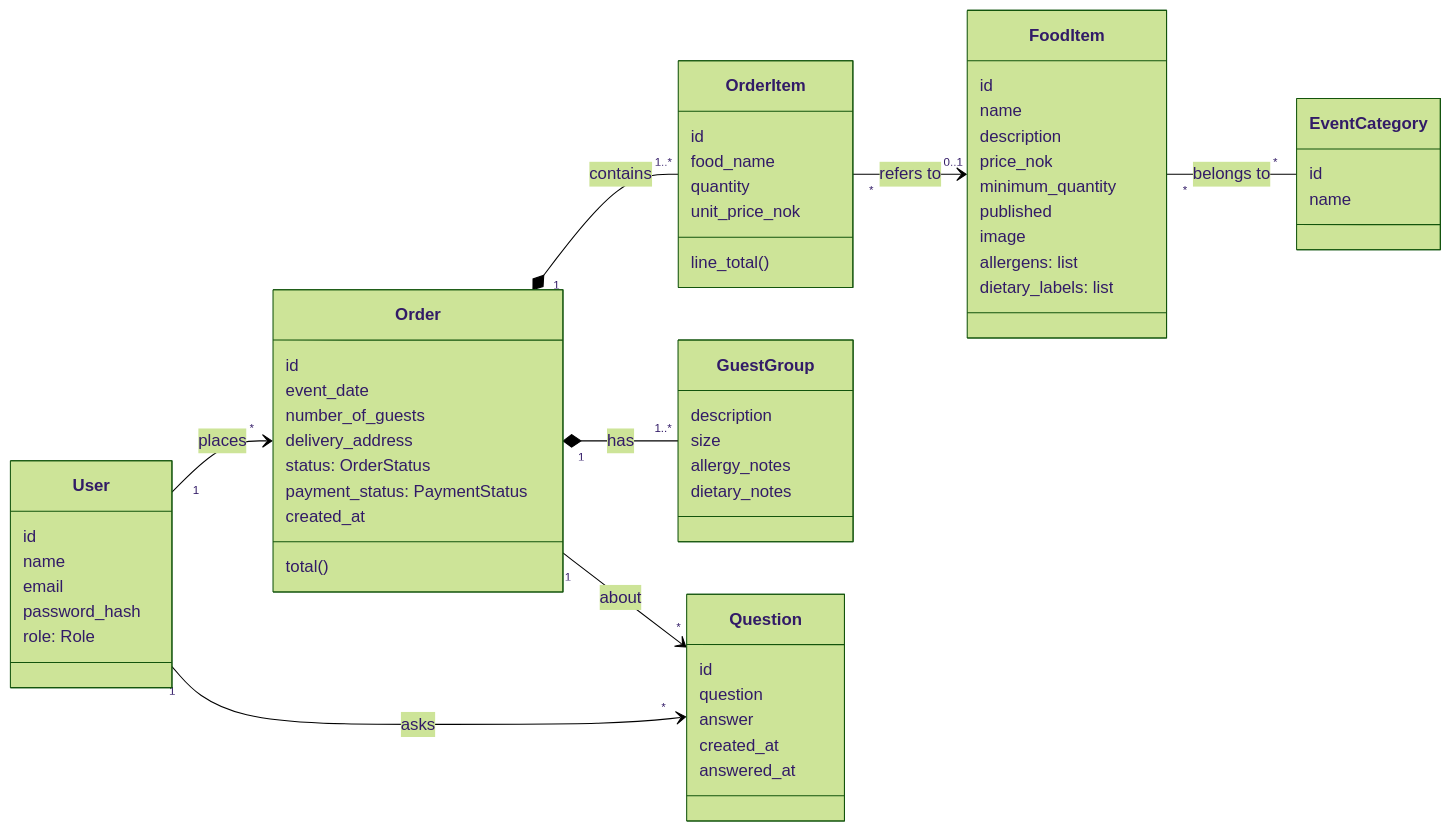
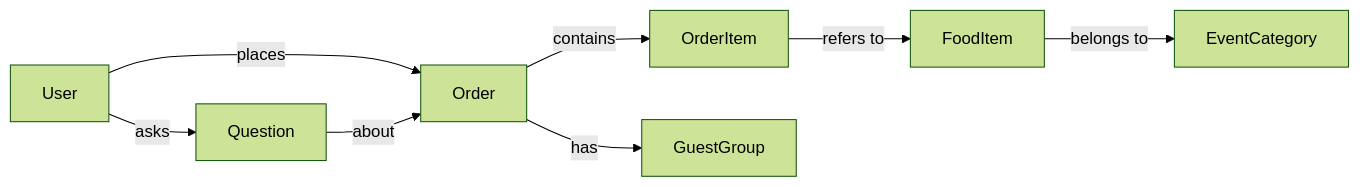
Before and after one commit to HeineML/Ekte-Mat-Assignment-4: the second of 3 diagrams in docs/report.md, drawn with Mermaid (forest theme). The commit also changed other lines of this file, not shown here.

Commit message:
Shorten the report and simplify its diagrams (§11)

````diff
--- a/docs/report.md
+++ b/docs/report.md
@@ -106,63 +71,10 @@
 ```mermaid
-classDiagram
-    direction LR
-    class User {
-        id
-        name
-        email
-        password_hash
-        role: Role
-    }
-    class FoodItem {
-        id
-        name
-        description
-        price_nok
-        minimum_quantity
-        published
-        image
-        allergens: list
-        dietary_labels: list
-    }
-    class EventCategory {
-        id
-        name
-    }
-    class Order {
-        id
-        event_date
-        number_of_guests
-        delivery_address
-        status: OrderStatus
-        payment_status: PaymentStatus
-        created_at
-        total()
-    }
-    class OrderItem {
-        id
-        food_name
-        quantity
-        unit_price_nok
-        line_total()
-    }
-    class GuestGroup {
-        description
-        size
-        allergy_notes
-        dietary_notes
-    }
-    class Question {
-        id
-        question
-        answer
-        created_at
-        answered_at
-    }
-    User "1" --> "*" Order : places
-    User "1" --> "*" Question : asks
-    Order "1" *-- "1..*" OrderItem : contains
-    Order "1" *-- "1..*" GuestGroup : has
-    Order "1" --> "*" Question : about
-    OrderItem "*" --> "0..1" FoodItem : refers to
-    FoodItem "*" -- "*" EventCategory : belongs to
+flowchart LR
+    User -- places --> Order
+    Order -- contains --> OrderItem
+    Order -- has --> GuestGroup
+    User -- asks --> Question
+    Question -- about --> Order
+    OrderItem -- refers to --> FoodItem
+    FoodItem -- belongs to --> EventCategory
 ```
````
